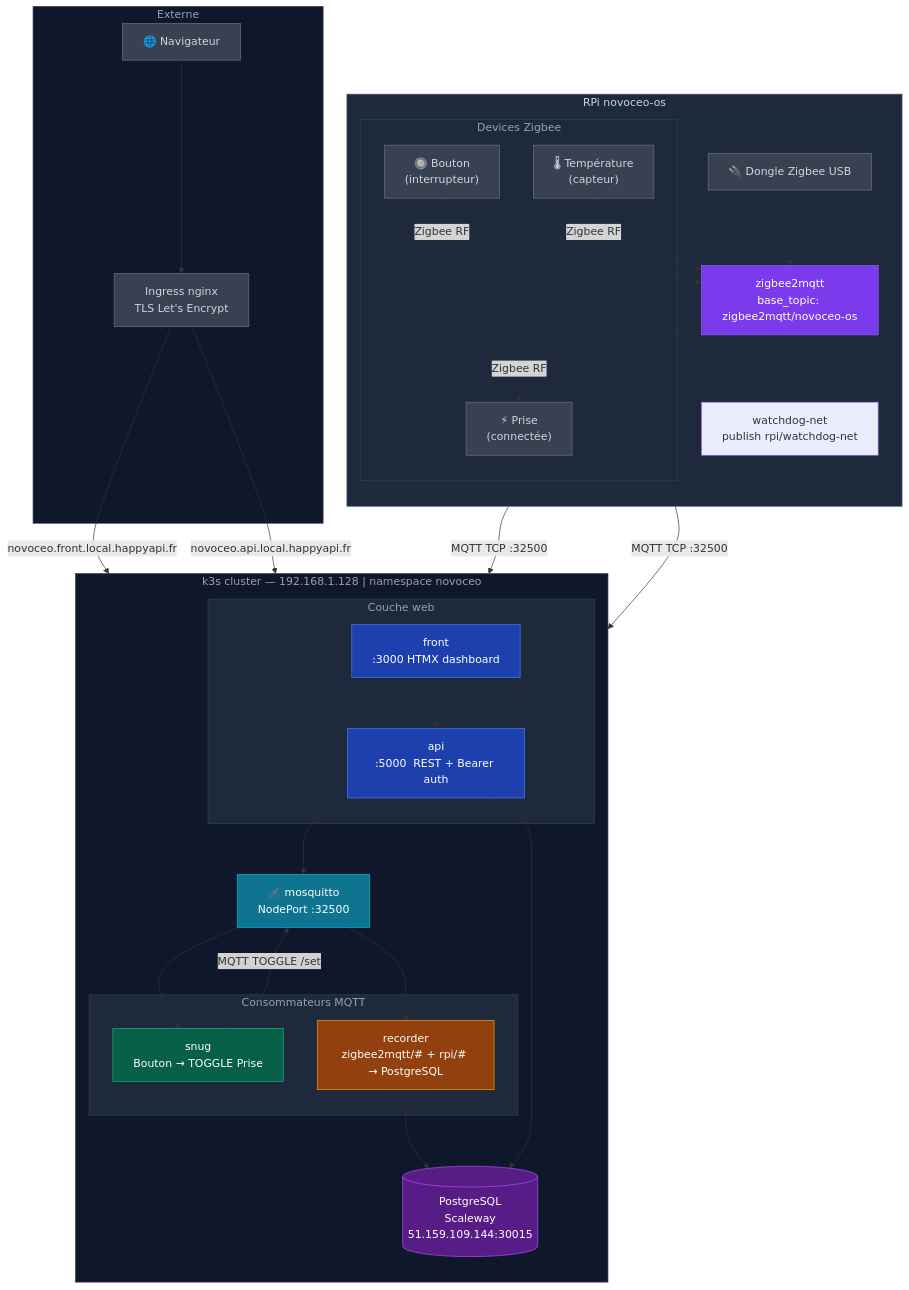
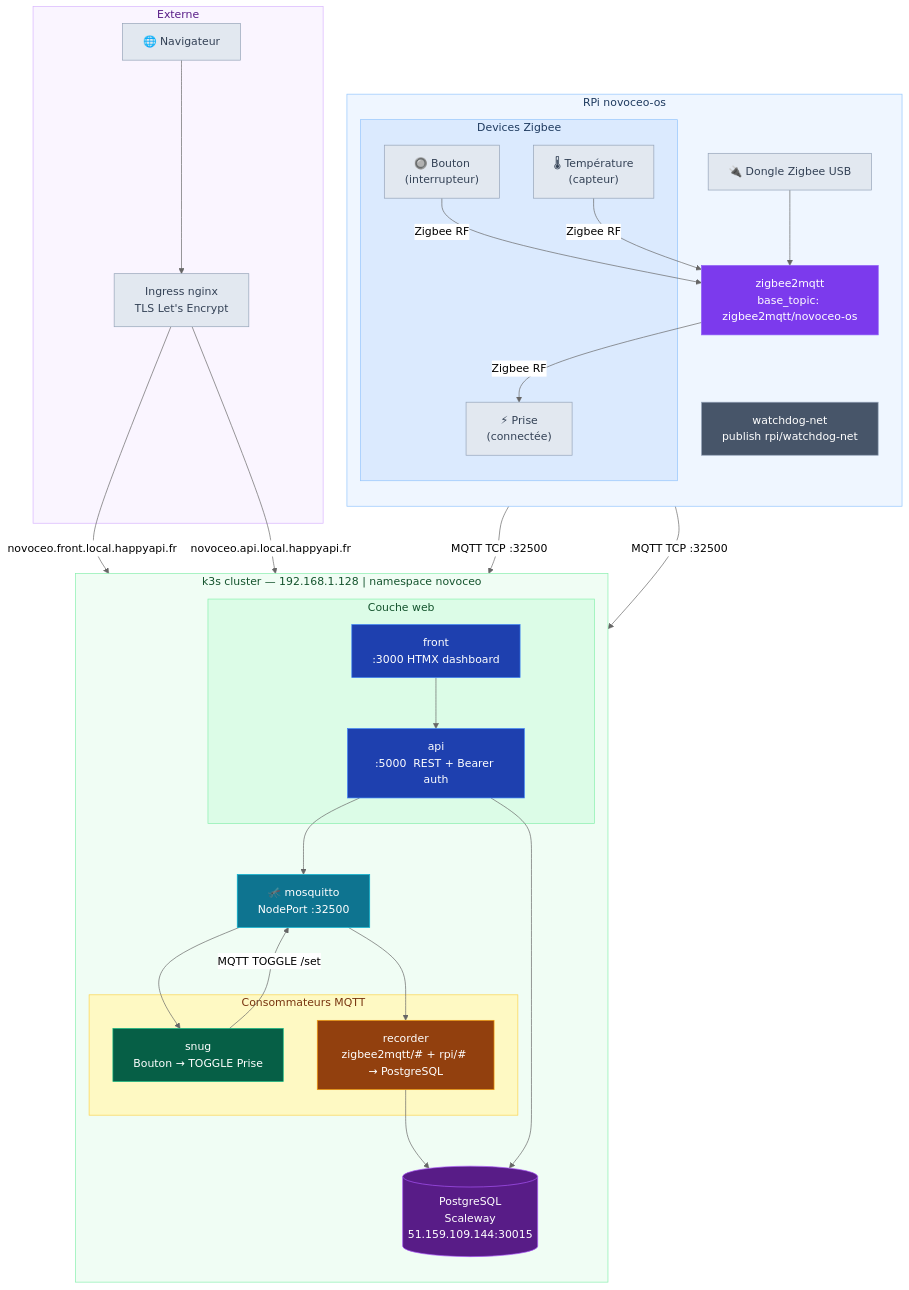
Before and after one commit to jsavajols/novoceo: the first of 2 diagrams in docs/architecture.md, drawn with Mermaid.

Commit message:
docs: switch architecture diagram to light theme

````diff
--- a/docs/architecture.md
+++ b/docs/architecture.md
@@ -5,77 +5,79 @@
 ```mermaid
+%%{init: {'theme': 'neutral'}}%%
 graph TB
     subgraph rpi["RPi novoceo-os"]
         direction TB
         DONGLE["🔌 Dongle Zigbee USB"]
         Z2M["zigbee2mqtt\nbase_topic: zigbee2mqtt/novoceo-os"]
         WDG["watchdog-net\npublish rpi/watchdog-net"]
         DONGLE --> Z2M
 
         subgraph devices["Devices Zigbee"]
             BOUTON["🔘 Bouton\n(interrupteur)"]
             PRISE["⚡ Prise\n(connectée)"]
             TEMP["🌡 Température\n(capteur)"]
         end
 
         BOUTON -- "Zigbee RF" --> Z2M
         TEMP   -- "Zigbee RF" --> Z2M
         Z2M    -- "Zigbee RF" --> PRISE
     end
 
     subgraph k3s["k3s cluster — 192.168.1.128  |  namespace novoceo"]
         direction TB
 
         MOSQ["🦟 mosquitto\nNodePort :32500"]
 
         subgraph consumers["Consommateurs MQTT"]
             SNUG["snug\nBouton → TOGGLE Prise"]
             REC["recorder\nzigbee2mqtt/# + rpi/# → PostgreSQL"]
         end
 
         subgraph web["Couche web"]
             API["api\n:5000  REST + Bearer auth"]
             FRONT["front\n:3000  HTMX dashboard"]
         end
 
         MOSQ --> SNUG
         MOSQ --> REC
         API  --> MOSQ
         REC  --> DB
         API  --> DB
         FRONT --> API
     end
 
     subgraph ext["Externe"]
         DB[("PostgreSQL\nScaleway\n51.159.109.144:30015")]
         BROWSER["🌐 Navigateur"]
         INGRESS["Ingress nginx\nTLS Let's Encrypt"]
     end
 
     Z2M  -- "MQTT TCP :32500" --> MOSQ
     WDG  -- "MQTT TCP :32500" --> MOSQ
     SNUG -- "MQTT TOGGLE /set" --> MOSQ
 
     BROWSER --> INGRESS
     INGRESS -- "novoceo.front.local.happyapi.fr" --> FRONT
     INGRESS -- "novoceo.api.local.happyapi.fr"   --> API
 
-    style rpi      fill:#1e293b,stroke:#475569,color:#cbd5e1
-    style k3s      fill:#0f172a,stroke:#334155,color:#94a3b8
-    style ext      fill:#0f172a,stroke:#334155,color:#94a3b8
-    style devices  fill:#1e293b,stroke:#334155,color:#94a3b8
-    style consumers fill:#1e293b,stroke:#334155,color:#94a3b8
-    style web      fill:#1e293b,stroke:#334155,color:#94a3b8
+    style rpi      fill:#eff6ff,stroke:#93c5fd,color:#1e3a5f
+    style k3s      fill:#f0fdf4,stroke:#86efac,color:#14532d
+    style ext      fill:#faf5ff,stroke:#d8b4fe,color:#581c87
+    style devices  fill:#dbeafe,stroke:#93c5fd,color:#1e3a5f
+    style consumers fill:#fef9c3,stroke:#fcd34d,color:#78350f
+    style web      fill:#dcfce7,stroke:#86efac,color:#14532d
     style MOSQ     fill:#0e7490,stroke:#06b6d4,color:#fff
     style Z2M      fill:#7c3aed,stroke:#8b5cf6,color:#fff
+    style WDG      fill:#475569,stroke:#94a3b8,color:#fff
     style SNUG     fill:#065f46,stroke:#10b981,color:#fff
     style REC      fill:#92400e,stroke:#f59e0b,color:#fff
     style API      fill:#1e40af,stroke:#3b82f6,color:#fff
     style FRONT    fill:#1e40af,stroke:#3b82f6,color:#fff
     style DB       fill:#581c87,stroke:#a855f7,color:#fff
-    style DONGLE   fill:#374151,stroke:#6b7280,color:#d1d5db
-    style BOUTON   fill:#374151,stroke:#6b7280,color:#d1d5db
-    style PRISE    fill:#374151,stroke:#6b7280,color:#d1d5db
-    style TEMP     fill:#374151,stroke:#6b7280,color:#d1d5db
-    style BROWSER  fill:#374151,stroke:#6b7280,color:#d1d5db
-    style INGRESS  fill:#374151,stroke:#6b7280,color:#d1d5db
+    style DONGLE   fill:#e2e8f0,stroke:#94a3b8,color:#334155
+    style BOUTON   fill:#e2e8f0,stroke:#94a3b8,color:#334155
+    style PRISE    fill:#e2e8f0,stroke:#94a3b8,color:#334155
+    style TEMP     fill:#e2e8f0,stroke:#94a3b8,color:#334155
+    style BROWSER  fill:#e2e8f0,stroke:#94a3b8,color:#334155
+    style INGRESS  fill:#e2e8f0,stroke:#94a3b8,color:#334155
 ```
````
